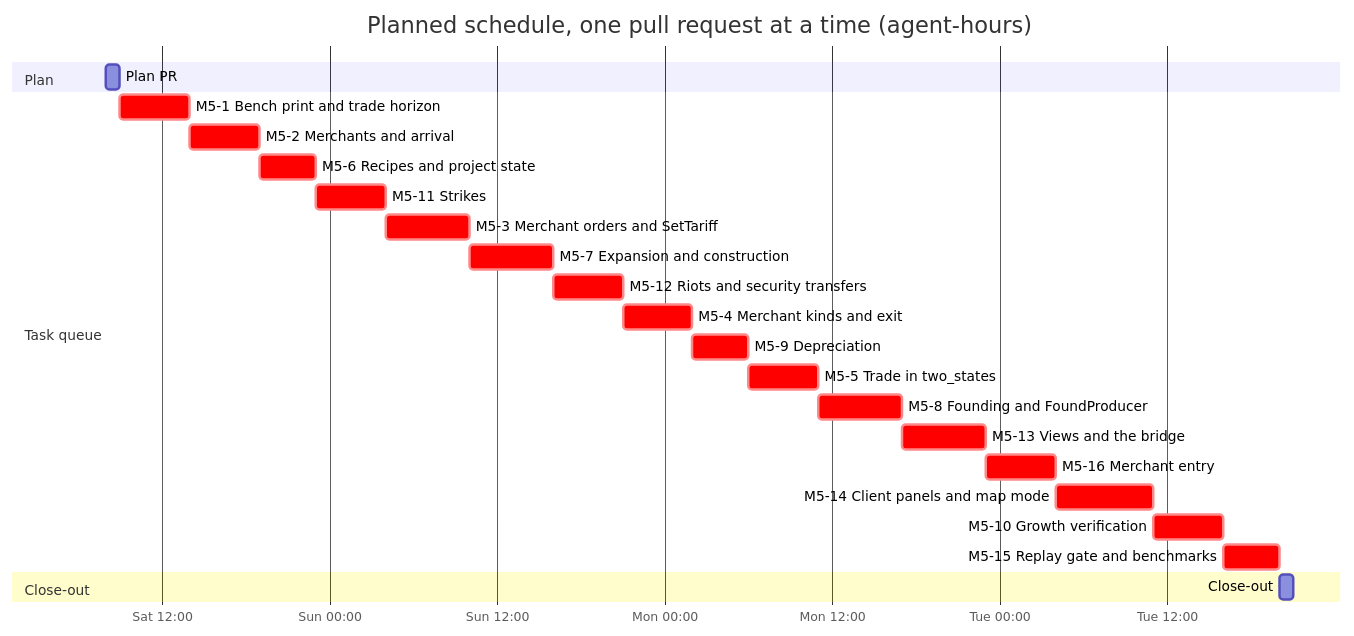
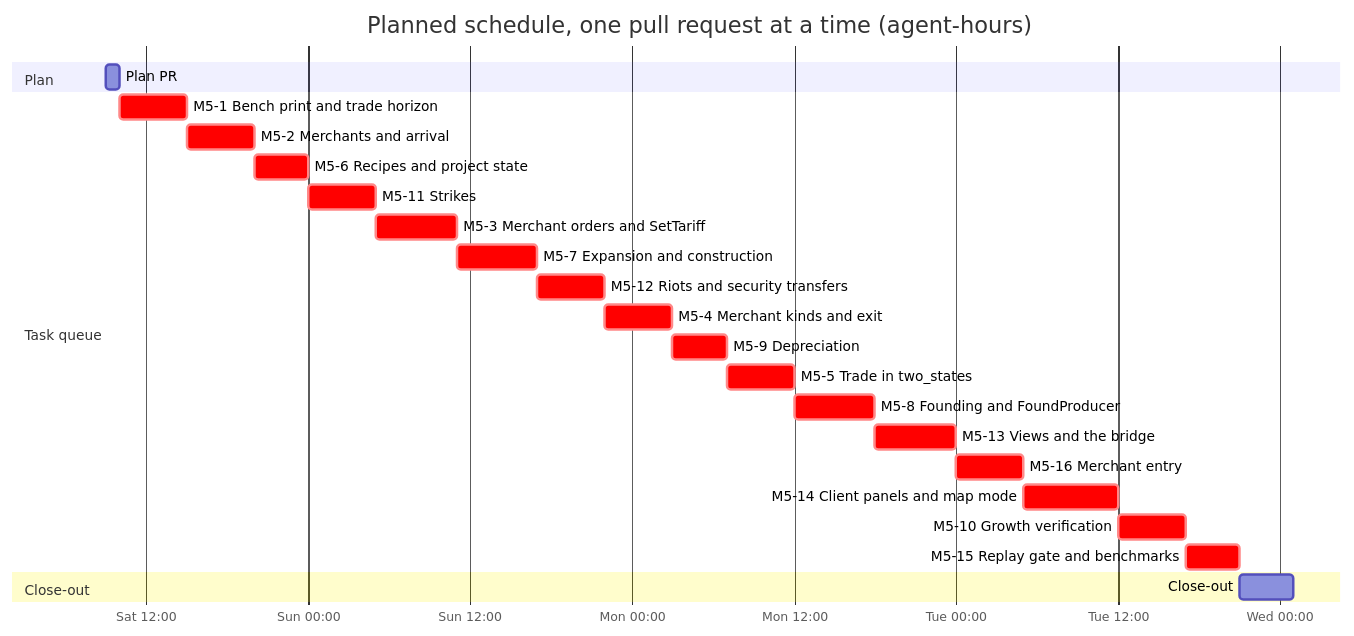
Before and after one commit to thomasclarkpersonal-sketch/Iron-and-Blood: the first of 2 diagrams in docs/workbooks/m5/05-baseline-project-plan.md, drawn with Mermaid. The commit also changed other lines of this file and 7 other files, not shown here.

````diff
--- a/docs/workbooks/m5/05-baseline-project-plan.md
+++ b/docs/workbooks/m5/05-baseline-project-plan.md
@@ -348,27 +387,27 @@
 ```mermaid
 gantt
     title Planned schedule, one pull request at a time (agent-hours)
     dateFormat YYYY-MM-DD HH:mm
     axisFormat %a %H:%M
     section Plan
-    Plan PR :plan, 2026-10-10 08:00, 1h
+    Plan PR :plan, 2026-10-10 09:00, 1h
     section Task queue
     M5-1 Bench print and trade horizon :crit, m5_1, after plan, 5h
     M5-2 Merchants and arrival :crit, m5_2, after m5_1, 5h
     M5-6 Recipes and project state :crit, m5_6, after m5_1 m5_2, 4h
     M5-11 Strikes :crit, m5_11, after m5_1 m5_6, 5h
     M5-3 Merchant orders and SetTariff :crit, m5_3, after m5_2 m5_11, 6h
     M5-7 Expansion and construction :crit, m5_7, after m5_1 m5_6 m5_11 m5_3, 6h
     M5-12 Riots and security transfers :crit, m5_12, after m5_1 m5_11 m5_7, 5h
     M5-4 Merchant kinds and exit :crit, m5_4, after m5_3 m5_12, 5h
     M5-9 Depreciation :crit, m5_9, after m5_7 m5_4, 4h
     M5-5 Trade in two_states :crit, m5_5, after m5_4 m5_9, 5h
     M5-8 Founding and FoundProducer :crit, m5_8, after m5_4 m5_7 m5_5, 6h
     M5-13 Views and the bridge :crit, m5_13, after m5_5 m5_8, 6h
     M5-16 Merchant entry :crit, m5_16, after m5_4 m5_8 m5_13, 5h
     M5-14 Client panels and map mode :crit, m5_14, after m5_13 m5_16, 7h
     M5-10 Growth verification :crit, m5_10, after m5_5 m5_7 m5_8 m5_9 m5_12 m5_16 m5_14, 5h
     M5-15 Replay gate and benchmarks :crit, m5_15, after m5_1 m5_2 m5_3 m5_4 m5_5 m5_6 m5_7 m5_8 m5_9 m5_10 m5_11 m5_12 m5_13 m5_14 m5_16, 4h
     section Close-out
-    Close-out :close, after m5_15, 1h
+    Close-out :close, after m5_15, 4h
 ```
````
